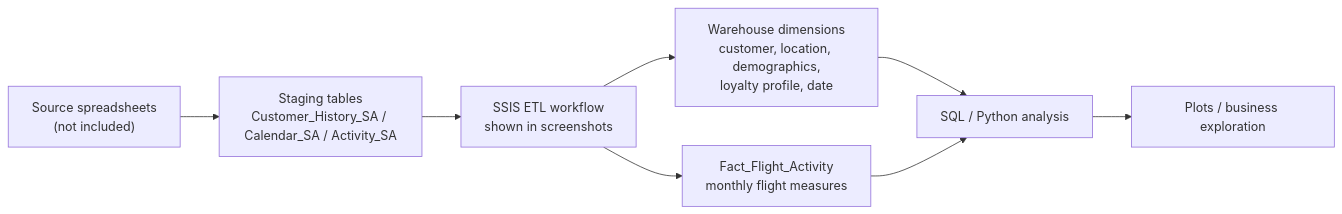
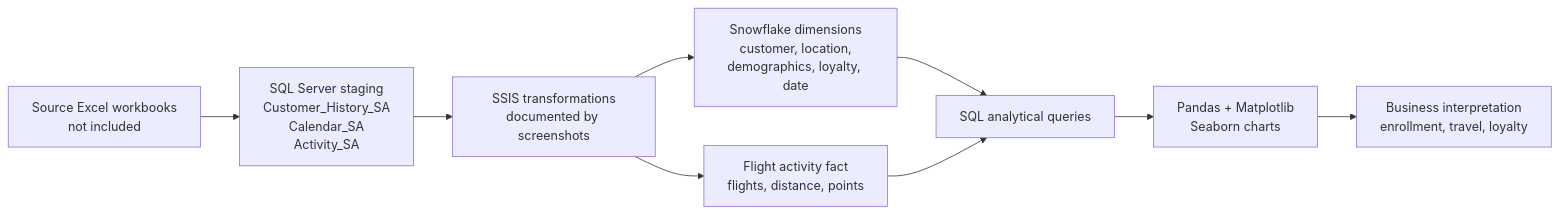
Before and after one commit to Edam-laa/Airline-Loyalty-Data-Warehouse: the diagram in README.md, drawn with Mermaid. The commit also changed other lines of this file, not shown here.

Commit message:
Make Airline Loyalty DW README recruiter-ready with model, ETL visuals, analysis evidence and accurate limitations

````diff
--- a/README.md
+++ b/README.md
@@ -10,10 +13,11 @@
 ```mermaid
 flowchart LR
-  E["Source spreadsheets<br/>(not included)"] --> S["Staging tables<br/>Customer_History_SA / Calendar_SA / Activity_SA"]
-  S --> T["SSIS ETL workflow<br/>shown in screenshots"]
-  T --> D["Warehouse dimensions<br/>customer, location, demographics,<br/>loyalty profile, date"]
-  T --> F["Fact_Flight_Activity<br/>monthly flight measures"]
-  D --> A["SQL / Python analysis"]
-  F --> A
-  A --> V["Plots / business exploration"]
+    SRC["Source Excel workbooks<br/>not included"] --> SA["SQL Server staging<br/>Customer_History_SA<br/>Calendar_SA<br/>Activity_SA"]
+    SA --> ETL["SSIS transformations<br/>documented by screenshots"]
+    ETL --> D["Snowflake dimensions<br/>customer, location,<br/>demographics, loyalty, date"]
+    ETL --> F["Flight activity fact<br/>flights, distance, points"]
+    D --> SQL["SQL analytical queries"]
+    F --> SQL
+    SQL --> PY["Pandas + Matplotlib<br/>Seaborn charts"]
+    PY --> BUSINESS["Business interpretation<br/>enrollment, travel, loyalty"]
 ```
````
